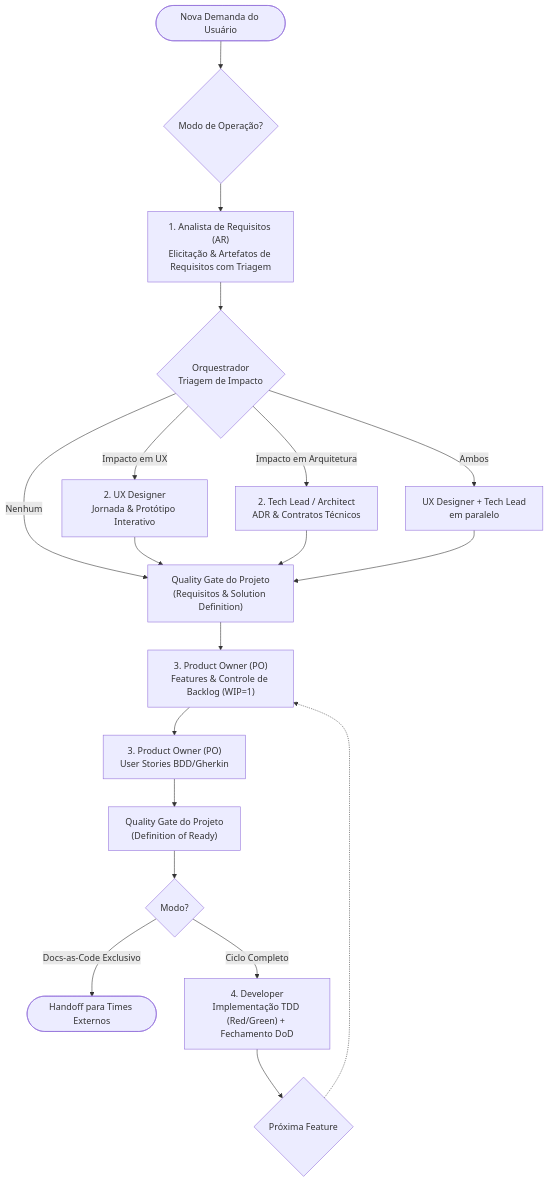
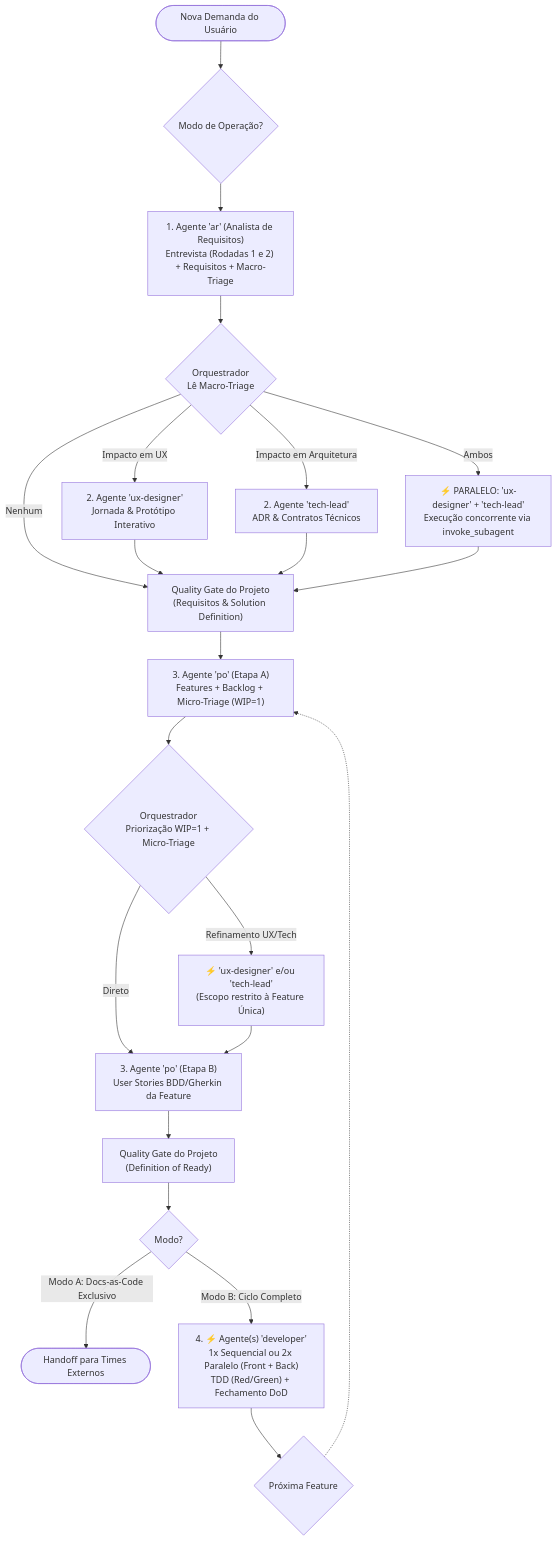
One commit to renatorlemos-gif/dev-team changed the diagram in README.md. Above: the diagram before and after it, drawn with Mermaid. The commit also changed other lines of this file and 9 other files, not shown here.

Commit message:
feat: dev-team 2.0.0 hybrid architecture (skills + custom agents)

````diff
--- a/README.md
+++ b/README.md
@@ -7,30 +9,33 @@
 ```mermaid
 graph TD
     Demanda([Nova Demanda do Usuário]) --> MODO{Modo de Operação?}
 
-    MODO --> AR["1. Analista de Requisitos (AR)<br/>Elicitação & Artefatos de Requisitos com Triagem"]
+    MODO --> AR["1. Agente 'ar' (Analista de Requisitos)<br/>Entrevista (Rodadas 1 e 2) + Requisitos + Macro-Triage"]
 
-    AR --> TRIAGE{"Orquestrador<br/>Triagem de Impacto"}
+    AR --> TRIAGE{"Orquestrador<br/>Lê Macro-Triage"}
 
-    TRIAGE -->|"Impacto em UX"| UX["2. UX Designer<br/>Jornada & Protótipo Interativo"]
-    TRIAGE -->|"Impacto em Arquitetura"| TL["2. Tech Lead / Architect<br/>ADR & Contratos Técnicos"]
-    TRIAGE -->|"Ambos"| BOTH["UX Designer + Tech Lead<br/>em paralelo"]
+    TRIAGE -->|"Impacto em UX"| UX["2. Agente 'ux-designer'<br/>Jornada & Protótipo Interativo"]
+    TRIAGE -->|"Impacto em Arquitetura"| TL["2. Agente 'tech-lead'<br/>ADR & Contratos Técnicos"]
+    TRIAGE -->|"Ambos"| BOTH["⚡ PARALELO: 'ux-designer' + 'tech-lead'<br/>Execução concorrente via invoke_subagent"]
     TRIAGE -->|"Nenhum"| GATE_REQ["Quality Gate do Projeto<br/>(Requisitos & Solution Definition)"]
 
     UX --> GATE_REQ
     TL --> GATE_REQ
     BOTH --> GATE_REQ
 
-    GATE_REQ --> PO_FEAT["3. Product Owner (PO)<br/>Features & Controle de Backlog (WIP=1)"]
-    PO_FEAT --> PO_US["3. Product Owner (PO)<br/>User Stories BDD/Gherkin"]
+    GATE_REQ --> PO_FEAT["3. Agente 'po' (Etapa A)<br/>Features + Backlog + Micro-Triage (WIP=1)"]
+    PO_FEAT --> MICRO{"Orquestrador<br/>Priorização WIP=1 + Micro-Triage"}
+    MICRO -->|"Refinamento UX/Tech"| REFINE["⚡ 'ux-designer' e/ou 'tech-lead'<br/>(Escopo restrito à Feature Única)"]
+    MICRO -->|"Direto"| PO_US["3. Agente 'po' (Etapa B)<br/>User Stories BDD/Gherkin da Feature"]
+    REFINE --> PO_US
 
     PO_US --> GATE_READY["Quality Gate do Projeto<br/>(Definition of Ready)"]
 
     GATE_READY --> DEV_GATE{Modo?}
 
-    DEV_GATE -->|"Docs-as-Code Exclusivo"| HANDOFF([Handoff para Times Externos])
-    DEV_GATE -->|"Ciclo Completo"| DEV["4. Developer<br/>Implementação TDD (Red/Green) + Fechamento DoD"]
+    DEV_GATE -->|"Modo A: Docs-as-Code Exclusivo"| HANDOFF([Handoff para Times Externos])
+    DEV_GATE -->|"Modo B: Ciclo Completo"| DEV["4. ⚡ Agente(s) 'developer'<br/>1x Sequencial ou 2x Paralelo (Front + Back)<br/>TDD (Red/Green) + Fechamento DoD"]
 
     DEV --> LOOP{"Próxima Feature"}
     LOOP -.-> PO_FEAT
 ```
````
